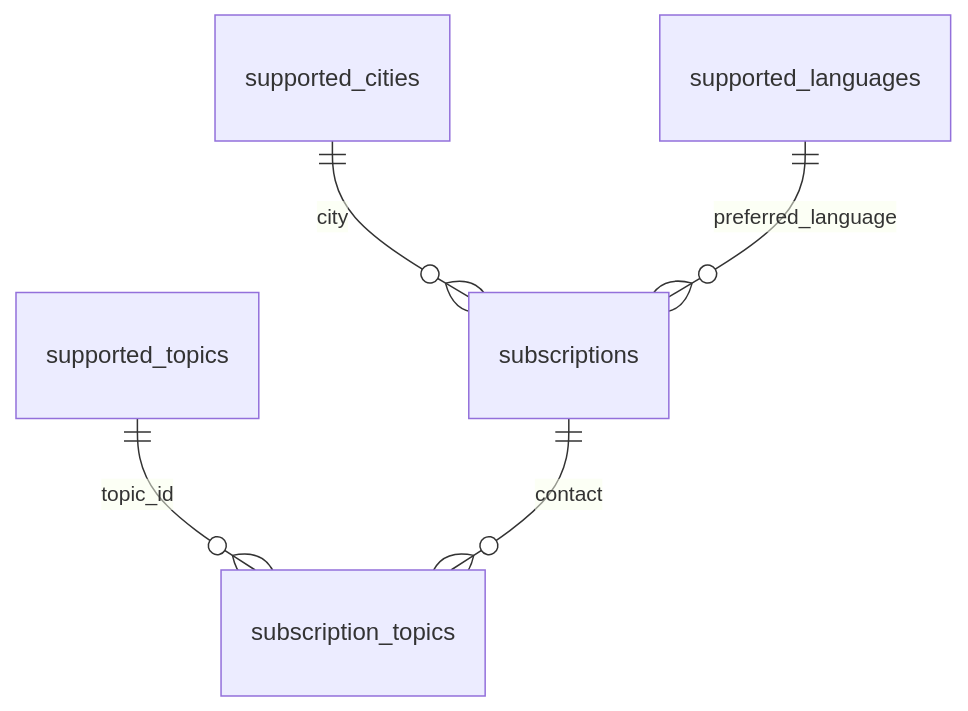
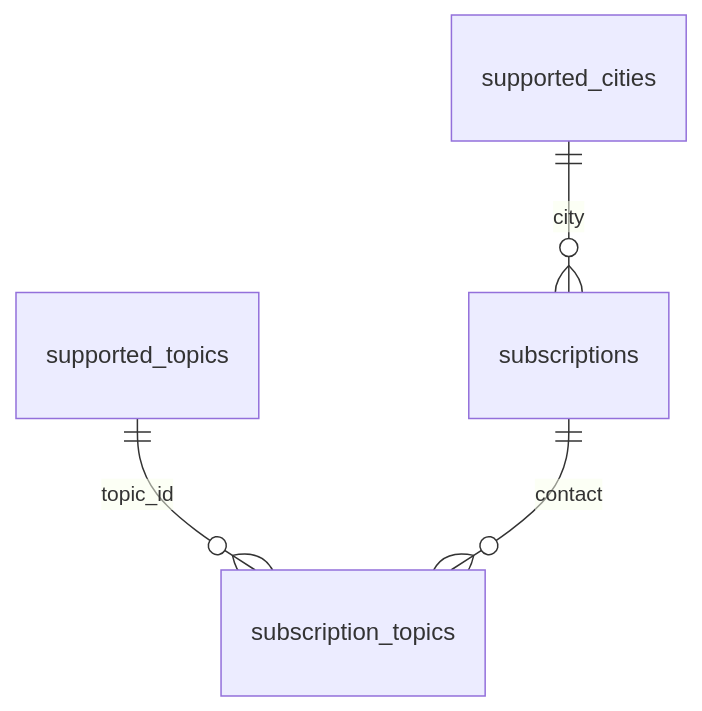
The diagram in docs/DB_INFRASTRUCTURE.md (Next-Voters/Local), drawn with Mermaid before and after one commit. The commit also changed other lines of this file and 10 other files, not shown here.

````diff
--- a/docs/DB_INFRASTRUCTURE.md
+++ b/docs/DB_INFRASTRUCTURE.md
@@ -53,7 +43,6 @@
 ```mermaid
 erDiagram
     supported_cities ||--o{ subscriptions : "city"
-    supported_languages ||--o{ subscriptions : "preferred_language"
     supported_topics ||--o{ subscription_topics : "topic_id"
     subscriptions ||--o{ subscription_topics : "contact"
 ```
````
